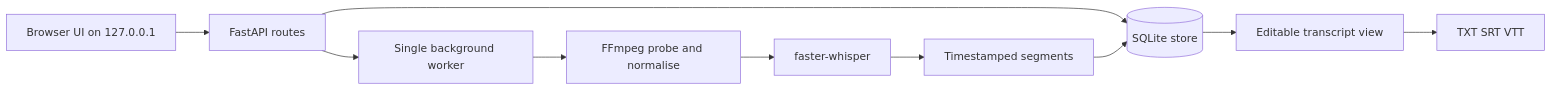
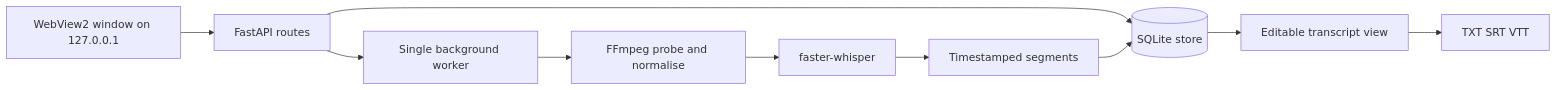
Before and after one commit to PaulR-1/ScamBeReadyInternship: the diagram in agent-docs/architecture.md, drawn with Mermaid. The commit also changed other lines of this file and 10 other files, not shown here.

````diff
--- a/agent-docs/architecture.md
+++ b/agent-docs/architecture.md
@@ -5,12 +7,12 @@
 ```mermaid
 flowchart LR
-    Browser[Browser UI on 127.0.0.1] --> Api[FastAPI routes]
+    Window[WebView2 window on 127.0.0.1] --> Api[FastAPI routes]
     Api --> Store[(SQLite store)]
     Api --> Queue[Single background worker]
     Queue --> Media[FFmpeg probe and normalise]
     Media --> Engine[faster-whisper]
     Engine --> Segments[Timestamped segments]
     Segments --> Store
     Store --> Editor[Editable transcript view]
     Editor --> Export[TXT SRT VTT]
 ```
````
